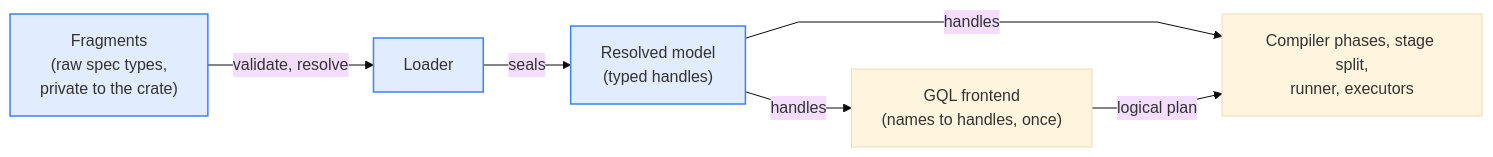
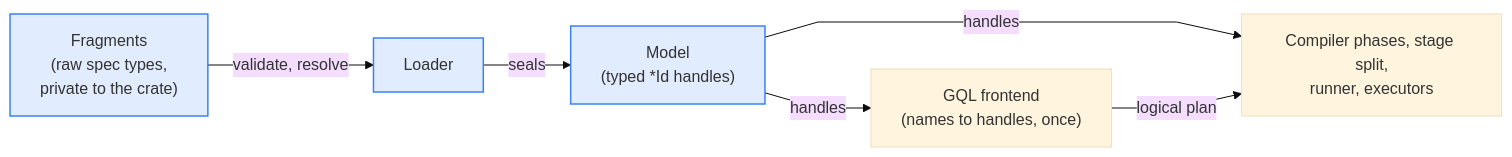
One commit to gitlabhq/orbit-knowledge-graph changed the fourth of 10 diagrams in docs/pages/engineering/adr/024_pluggable_data_model.md. Above: the diagram before and after it, drawn with Mermaid (base theme). The commit also changed other lines of this file, not shown here.

First line of the commit message:
docs(adr): name the Model and its Id handles in ADR 024

````diff
--- a/docs/pages/engineering/adr/024_pluggable_data_model.md
+++ b/docs/pages/engineering/adr/024_pluggable_data_model.md
@@ -316,14 +316,14 @@
 ```mermaid
 %%{init: {"flowchart": {"curve": "linear"}}}%%
 flowchart LR
     accTitle: The sealed model
-    accDescr: Fragments and their raw spec types stay private to the data model crate. The loader validates and resolves them, then seals the resolved model. The GQL frontend turns names into handles once. Compiler phases, the stage split, the runner and the executors read only handles.
+    accDescr: Fragments and their raw spec types stay private to the data model crate. The loader validates and resolves them, then seals the Model. The GQL frontend turns names into handles once. Compiler phases, the stage split, the runner and the executors read only handles.
     F["Fragments<br/>(raw spec types,<br/>private to the crate)"] -->|validate, resolve| L["Loader"]
-    L -->|seals| RM["Resolved model<br/>(typed handles)"]
+    L -->|seals| RM["Model<br/>(typed *Id handles)"]
     RM -->|handles| G["GQL frontend<br/>(names to handles, once)"]
     RM -->|handles| C["Compiler phases, stage split,<br/>runner, executors"]
     G -->|logical plan| C
 
     classDef qdm fill:#3B82F626,stroke:#3B82F6,stroke-width:1.5px
     class F,L,RM qdm
 ```
````
